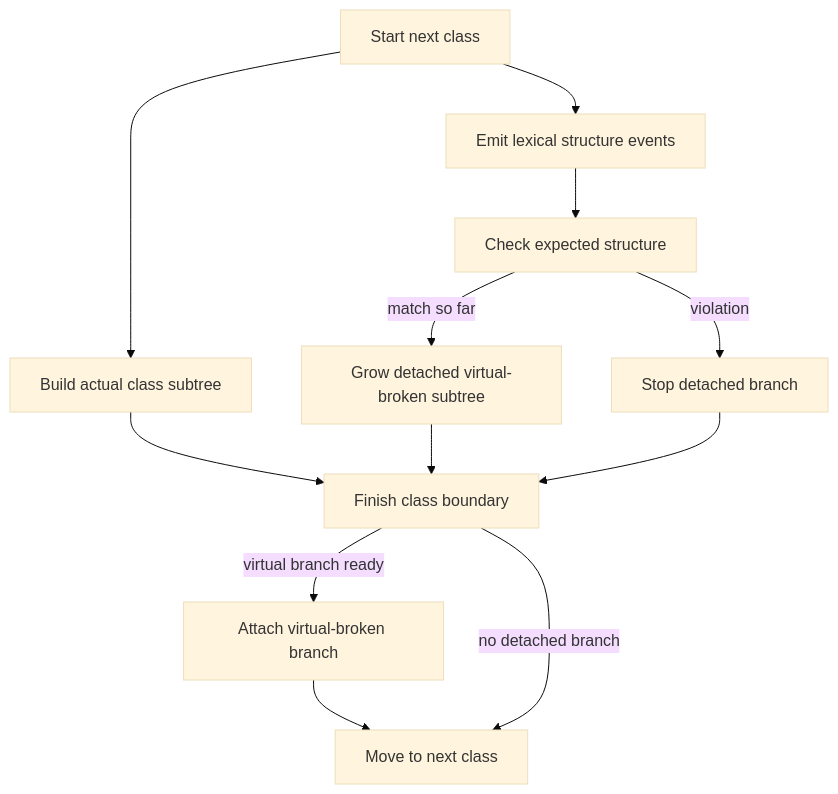
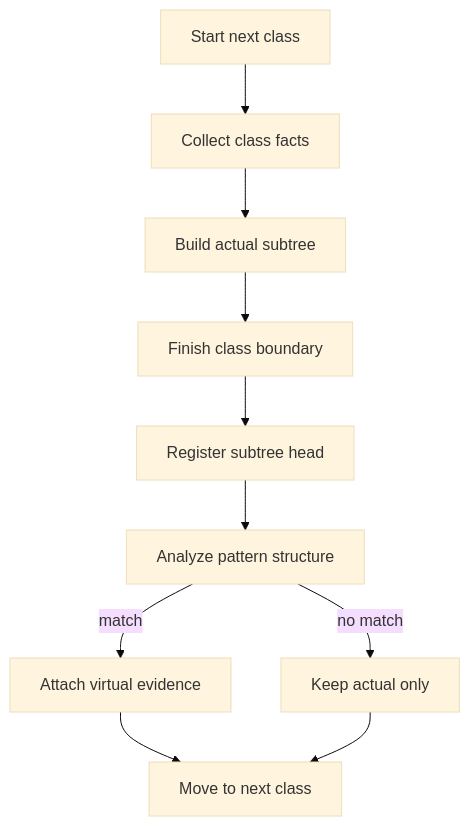
One commit to JohnAndrewBalbarosa/NeoTerritory changed the diagram in docs/Codebase/Microservice/Modules/Source/Trees/ClassGeneration/core.cpp.md. Above: the diagram before and after it, drawn with Mermaid (base theme). The commit also changed other lines of this file and 717 other files, not shown here.

````diff
--- a/docs/Codebase/Microservice/Modules/Source/Trees/ClassGeneration/core.cpp.md
+++ b/docs/Codebase/Microservice/Modules/Source/Trees/ClassGeneration/core.cpp.md
@@ -20,18 +21,15 @@
 ```mermaid
 flowchart TD
     N0["Start next class"]
-    N1["Build actual class subtree"]
-    N2["Emit lexical structure events"]
-    N3["Check expected structure"]
-    N4["Grow detached virtual-broken subtree"]
-    N5["Stop detached branch"]
-    N6["Finish class boundary"]
-    N7["Attach virtual-broken branch"]
+    N1["Collect class facts"]
+    N2["Build actual subtree"]
+    N3["Finish class boundary"]
+    N4["Register subtree head"]
+    N5["Analyze pattern structure"]
+    N6["Attach virtual evidence"]
+    N7["Keep actual only"]
     N8["Move to next class"]
-    N0 --> N1 --> N6
-    N0 --> N2 --> N3
-    N3 -->|match so far| N4 --> N6
-    N3 -->|violation| N5 --> N6
-    N6 -->|virtual branch ready| N7 --> N8
-    N6 -->|no detached branch| N8
+    N0 --> N1 --> N2 --> N3 --> N4 --> N5
+    N5 -->|match| N6 --> N8
+    N5 -->|no match| N7 --> N8
 ```
````
